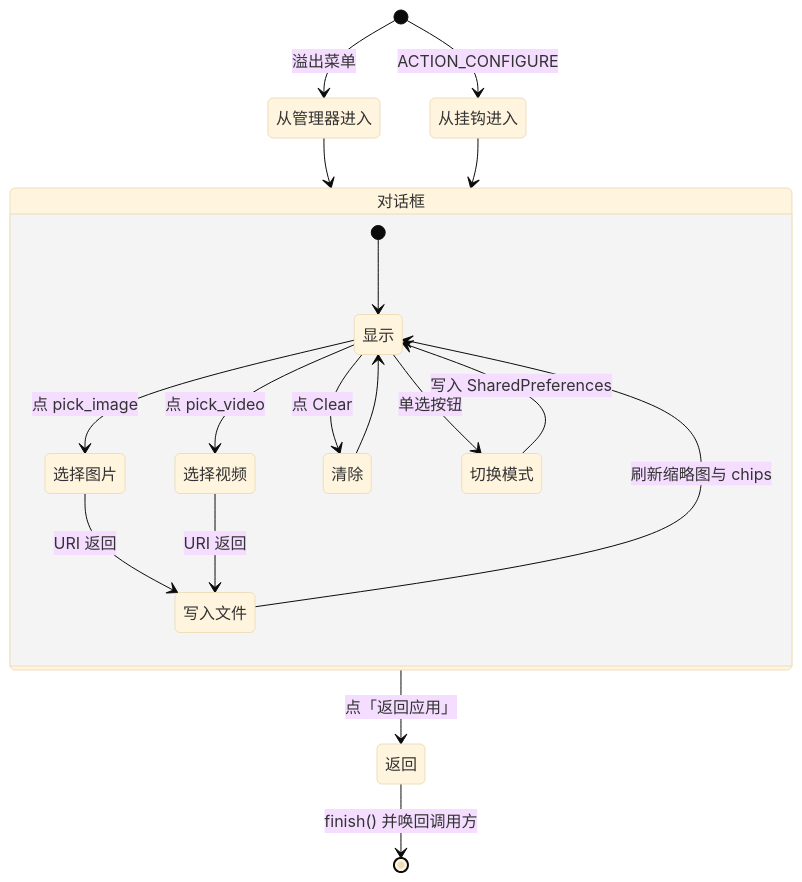
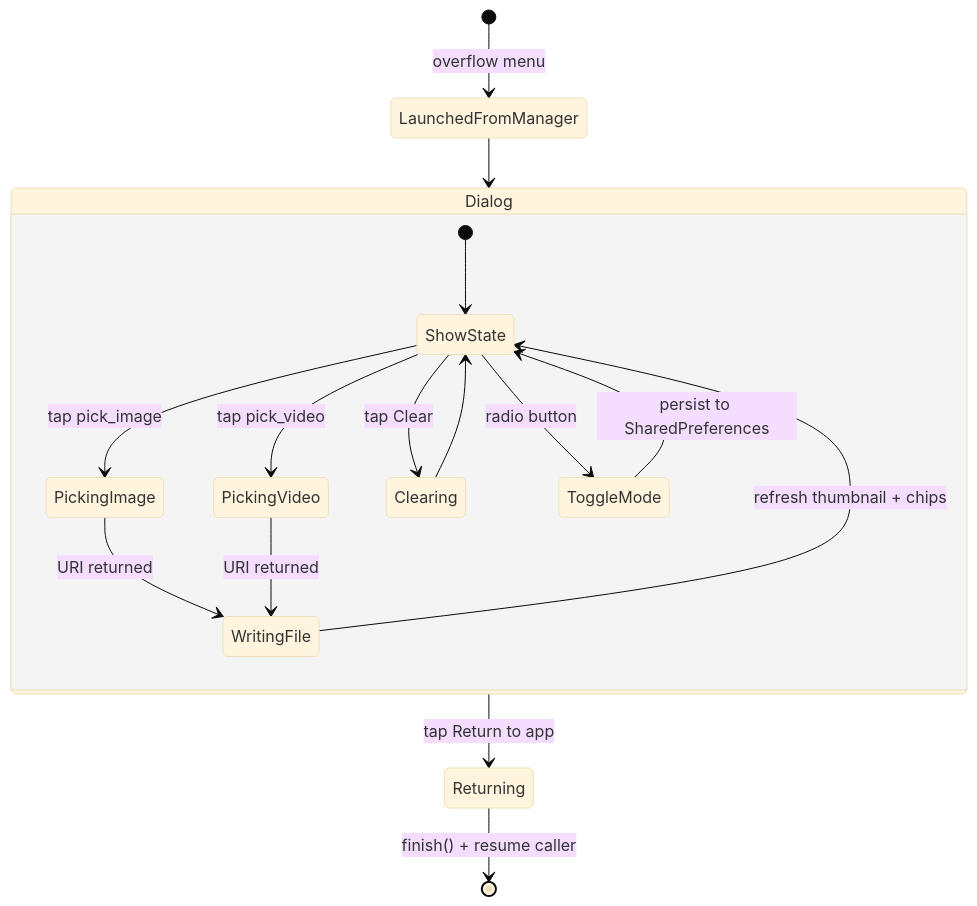
Before and after one commit to Steake/com.example.vcam: the third of 3 diagrams in README.md, drawn with Mermaid (base theme). The commit also changed other lines of this file and 4 other files, not shown here.

````diff
--- a/README.md
+++ b/README.md
@@ -132,24 +132,21 @@
 ```mermaid
 stateDiagram-v2
-    [*] --> 从管理器进入: 溢出菜单
-    [*] --> 从挂钩进入: ACTION_CONFIGURE
+    [*] --> LaunchedFromManager: overflow menu
+    LaunchedFromManager --> Dialog
 
-    从管理器进入 --> 对话框
-    从挂钩进入 --> 对话框
-
-    state 对话框 {
-        [*] --> 显示
-        显示 --> 选择图片: 点 pick_image
-        显示 --> 选择视频: 点 pick_video
-        选择图片 --> 写入文件: URI 返回
-        选择视频 --> 写入文件: URI 返回
-        写入文件 --> 显示: 刷新缩略图与 chips
-        显示 --> 清除: 点 Clear
-        清除 --> 显示
-        显示 --> 切换模式: 单选按钮
-        切换模式 --> 显示: 写入 SharedPreferences
+    state Dialog {
+        [*] --> ShowState
+        ShowState --> PickingImage: tap pick_image
+        ShowState --> PickingVideo: tap pick_video
+        PickingImage --> WritingFile: URI returned
+        PickingVideo --> WritingFile: URI returned
+        WritingFile --> ShowState: refresh thumbnail + chips
+        ShowState --> Clearing: tap Clear
+        Clearing --> ShowState
+        ShowState --> ToggleMode: radio button
+        ToggleMode --> ShowState: persist to SharedPreferences
     }
 
-    对话框 --> 返回: 点「返回应用」
-    返回 --> [*]: finish() 并唤回调用方
+    Dialog --> Returning: tap Return to app
+    Returning --> [*]: finish() + resume caller
 ```
````
